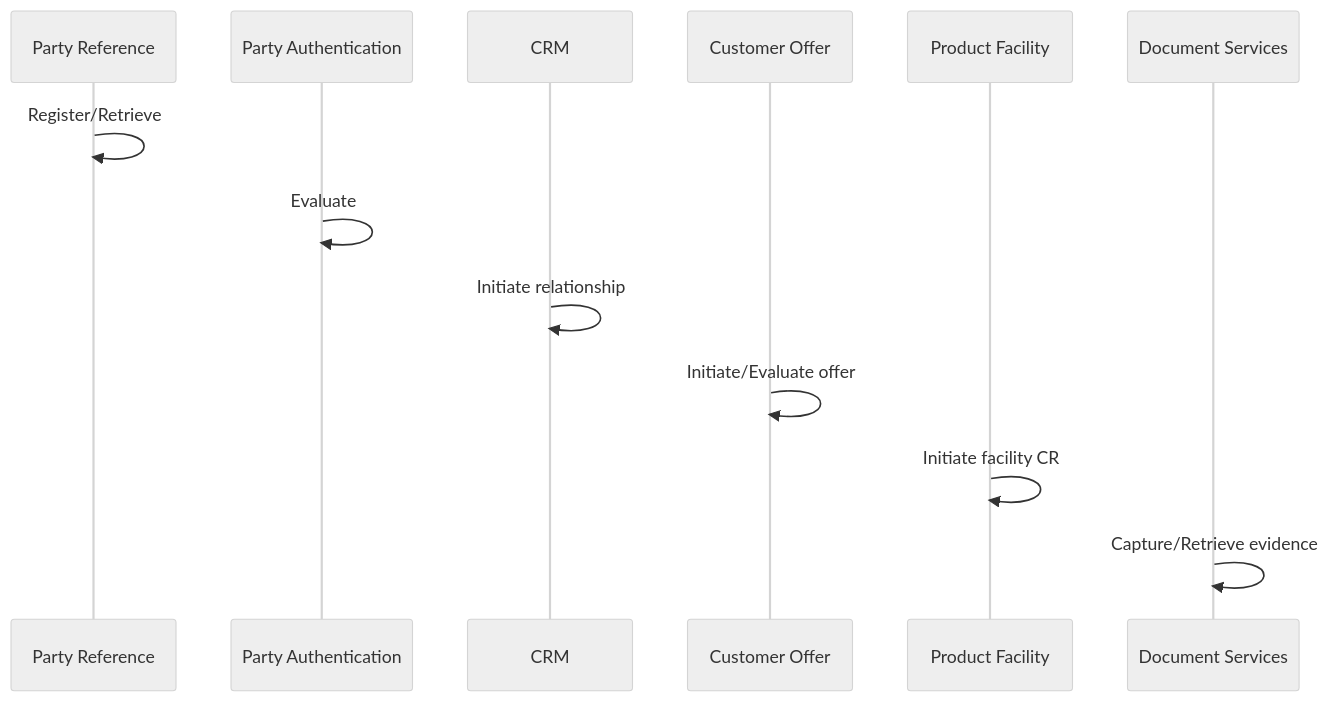
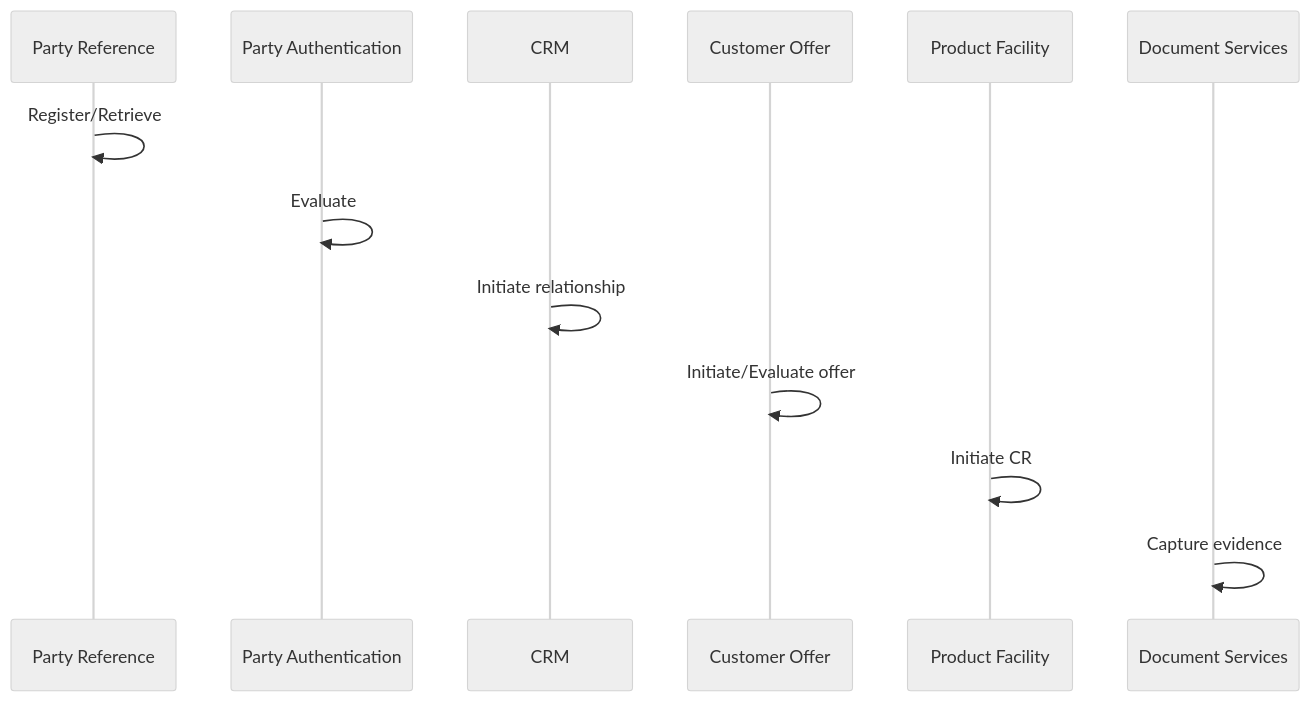
One commit to futureimadmin/futureim-grok changed the diagram in fleets/bian/_scenarios/customer_onboarding.md. Above: the diagram before and after it, drawn with Mermaid (neutral theme). The commit also changed other lines of this file and 11 other files, not shown here.

````diff
--- a/fleets/bian/_scenarios/customer_onboarding.md
+++ b/fleets/bian/_scenarios/customer_onboarding.md
@@ -12,16 +12,16 @@
 ```mermaid
 sequenceDiagram
     participant Party as Party Reference
     participant Auth as Party Authentication
     participant CRM as CRM
     participant Offer as Customer Offer
     participant Fac as Product Facility
     participant Doc as Document Services
 
     Party->>Party: Register/Retrieve
     Auth->>Auth: Evaluate
     CRM->>CRM: Initiate relationship
     Offer->>Offer: Initiate/Evaluate offer
-    Fac->>Fac: Initiate facility CR
-    Doc->>Doc: Capture/Retrieve evidence
+    Fac->>Fac: Initiate CR
+    Doc->>Doc: Capture evidence
 ```
````
